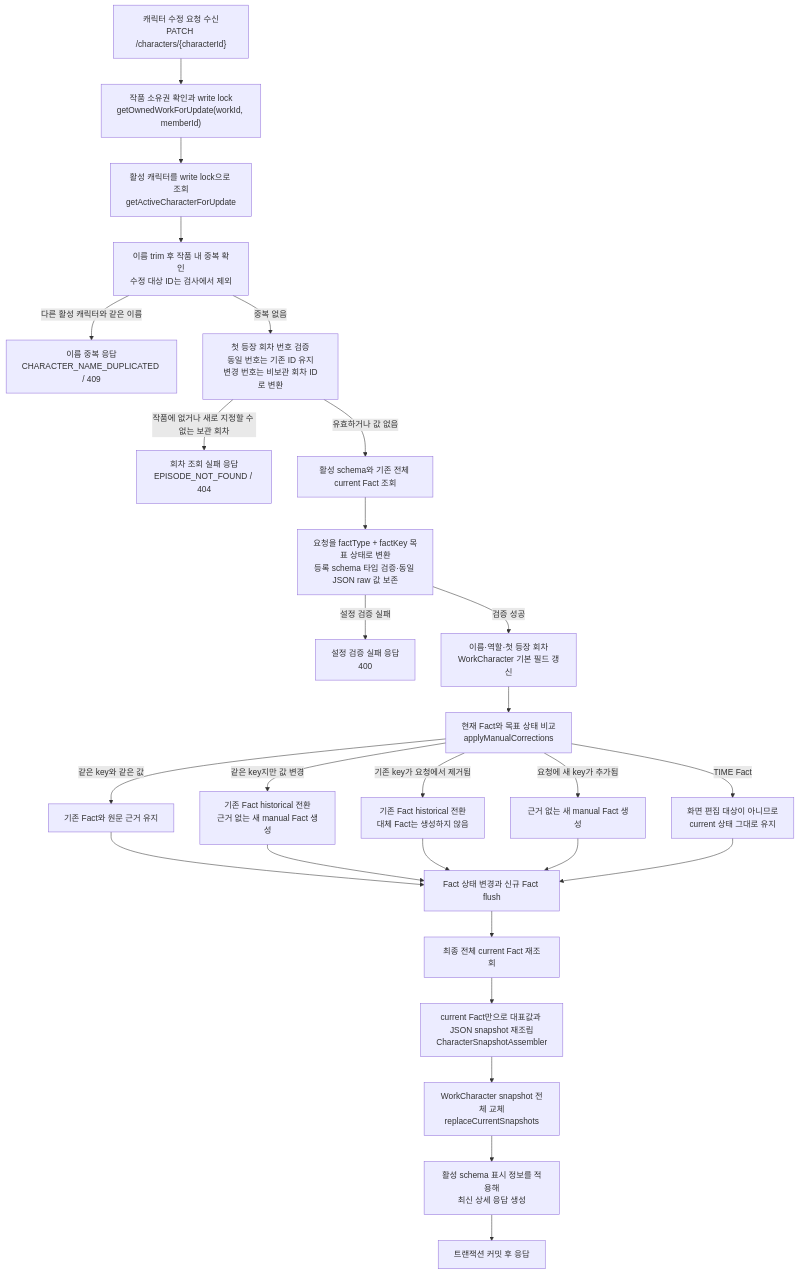
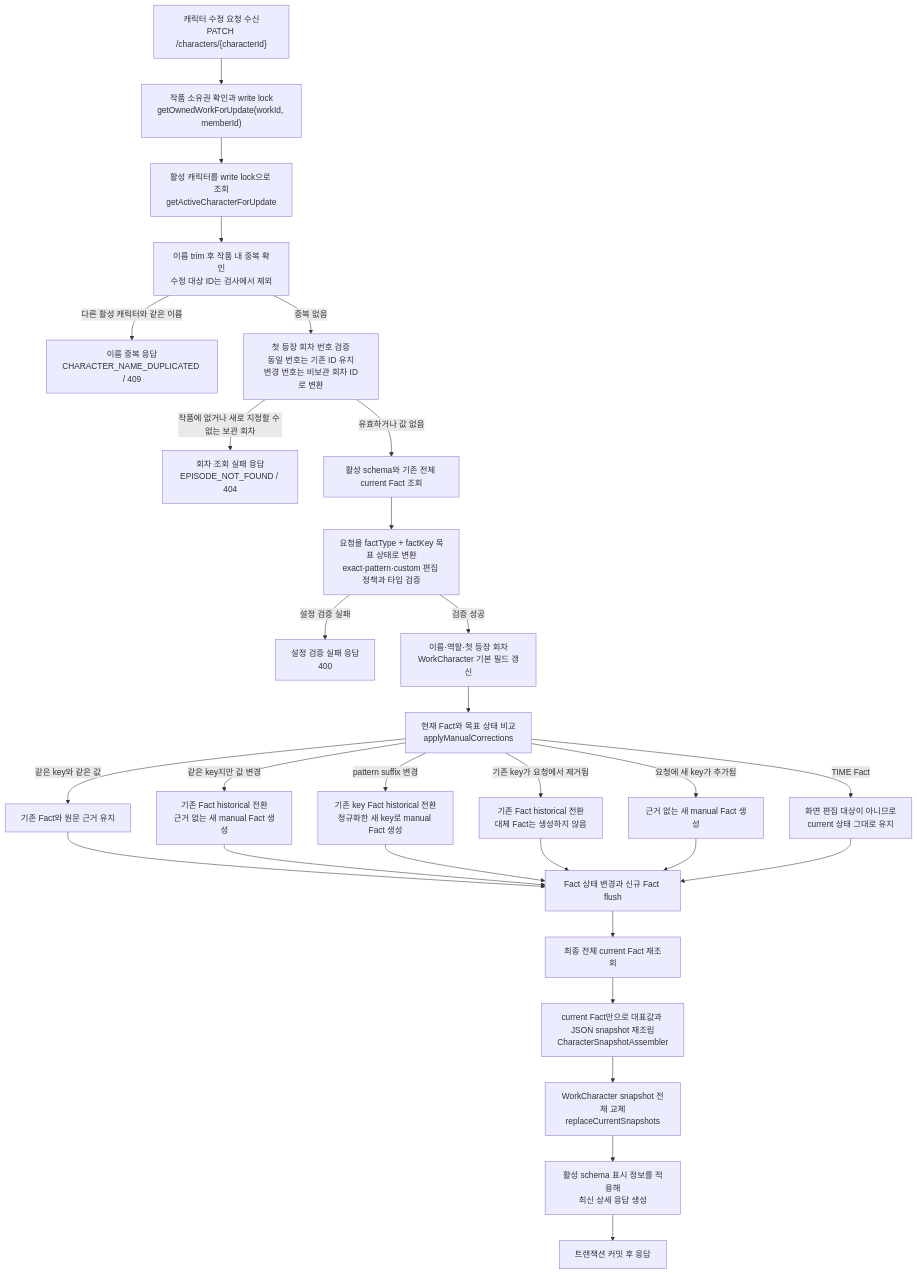
Before and after one commit to catchhole-soma/catchhole-backend-java: the first of 8 diagrams in docs/character.md, drawn with Mermaid. The commit also changed other lines of this file and 7 other files, not shown here.

````diff
--- a/docs/character.md
+++ b/docs/character.md
@@ -566,31 +574,33 @@
 ```mermaid
 flowchart TD
     A["캐릭터 수정 요청 수신<br/>PATCH /characters/{characterId}"] --> B["작품 소유권 확인과 write lock<br/>getOwnedWorkForUpdate(workId, memberId)"]
     B --> C["활성 캐릭터를 write lock으로 조회<br/>getActiveCharacterForUpdate"]
     C --> D["이름 trim 후 작품 내 중복 확인<br/>수정 대상 ID는 검사에서 제외"]
     D -->|"다른 활성 캐릭터와 같은 이름"| X1["이름 중복 응답<br/>CHARACTER_NAME_DUPLICATED / 409"]
     D -->|"중복 없음"| E["첫 등장 회차 번호 검증<br/>동일 번호는 기존 ID 유지<br/>변경 번호는 비보관 회차 ID로 변환"]
     E -->|"작품에 없거나 새로 지정할 수 없는 보관 회차"| X2["회차 조회 실패 응답<br/>EPISODE_NOT_FOUND / 404"]
     E -->|"유효하거나 값 없음"| F["활성 schema와 기존 전체 current Fact 조회"]
-    F --> G["요청을 factType + factKey 목표 상태로 변환<br/>등록 schema 타입 검증·동일 JSON raw 값 보존"]
+    F --> G["요청을 factType + factKey 목표 상태로 변환<br/>exact·pattern·custom 편집 정책과 타입 검증"]
     G -->|"설정 검증 실패"| X3["설정 검증 실패 응답<br/>400"]
     G -->|"검증 성공"| H["이름·역할·첫 등장 회차<br/>WorkCharacter 기본 필드 갱신"]
     H --> I["현재 Fact와 목표 상태 비교<br/>applyManualCorrections"]
 
     I -->|"같은 key와 같은 값"| I1["기존 Fact와 원문 근거 유지"]
     I -->|"같은 key지만 값 변경"| I2["기존 Fact historical 전환<br/>근거 없는 새 manual Fact 생성"]
+    I -->|"pattern suffix 변경"| I6["기존 key Fact historical 전환<br/>정규화한 새 key로 manual Fact 생성"]
     I -->|"기존 key가 요청에서 제거됨"| I3["기존 Fact historical 전환<br/>대체 Fact는 생성하지 않음"]
     I -->|"요청에 새 key가 추가됨"| I4["근거 없는 새 manual Fact 생성"]
     I -->|"TIME Fact"| I5["화면 편집 대상이 아니므로<br/>current 상태 그대로 유지"]
 
     I1 --> J["Fact 상태 변경과 신규 Fact flush"]
     I2 --> J
+    I6 --> J
     I3 --> J
     I4 --> J
     I5 --> J
     J --> K["최종 전체 current Fact 재조회"]
     K --> L["current Fact만으로 대표값과 JSON snapshot 재조립<br/>CharacterSnapshotAssembler"]
     L --> M["WorkCharacter snapshot 전체 교체<br/>replaceCurrentSnapshots"]
     M --> N["활성 schema 표시 정보를 적용해<br/>최신 상세 응답 생성"]
     N --> O["트랜잭션 커밋 후 응답"]
 ```
````
